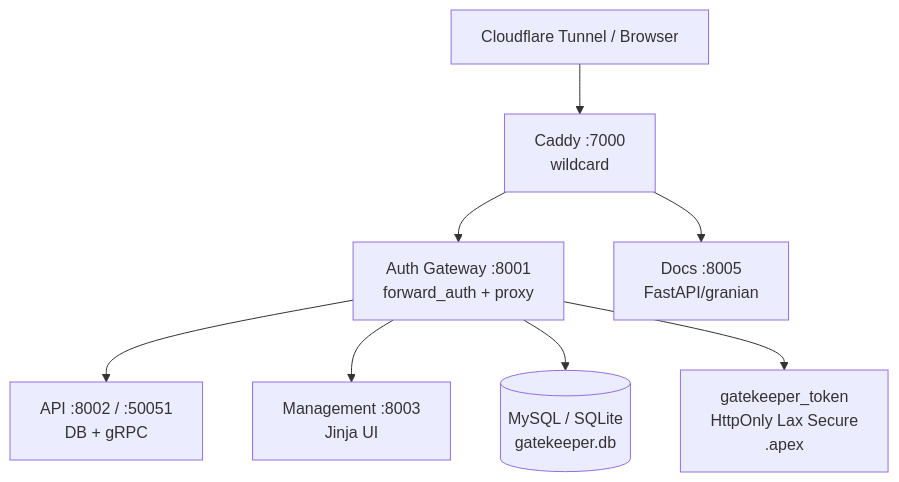
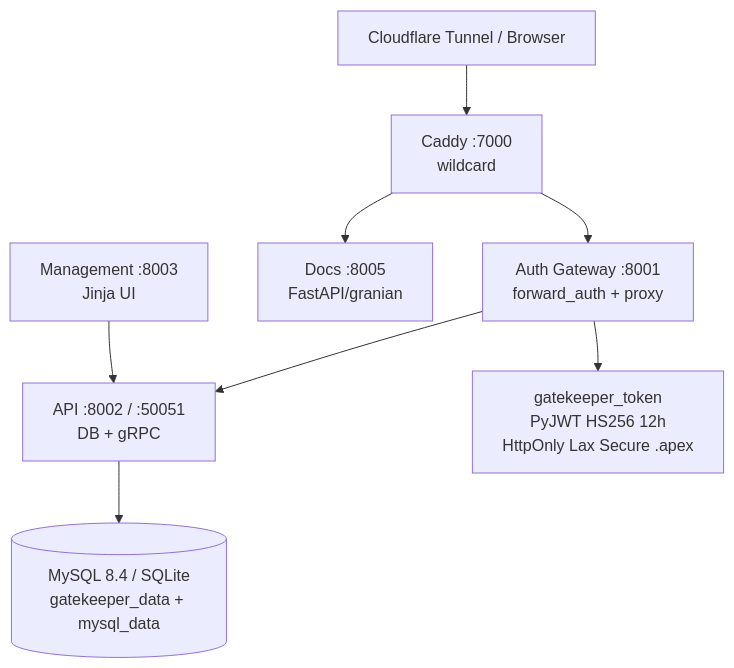
The diagram in documentation/docs/index.md (NovaProtocol/GateKeeper), drawn with Mermaid before and after one commit. The commit also changed other lines of this file and 4 other files, not shown here.

Commit message:
docs(gatekeeper): sync mermaid, cookie and caddy docs to DB-isolated stack

````diff
--- a/documentation/docs/index.md
+++ b/documentation/docs/index.md
@@ -21,10 +20,10 @@
 ```mermaid
 graph TB
     TUN["Cloudflare Tunnel / Browser"] --> CADDY["Caddy :7000<br/>wildcard"]
     CADDY --> AUTH["Auth Gateway :8001<br/>forward_auth + proxy"]
+    CADDY --> DOC["Docs :8005<br/>FastAPI/granian"]
     AUTH --> API["API :8002 / :50051<br/>DB + gRPC"]
-    AUTH --> MGMT["Management :8003<br/>Jinja UI"]
-    AUTH --> DB[("MySQL / SQLite<br/>gatekeeper.db")]
-    AUTH --> COOKIE["gatekeeper_token<br/>HttpOnly Lax Secure<br/>.apex"]
-    CADDY --> DOC["Docs :8005<br/>FastAPI/granian"]
+    API --> DB[("MySQL 8.4 / SQLite<br/>gatekeeper_data + mysql_data")]
+    MGMT["Management :8003<br/>Jinja UI"] --> API
+    AUTH --> COOKIE["gatekeeper_token<br/>PyJWT HS256 12h<br/>HttpOnly Lax Secure .apex"]
 ```
````
